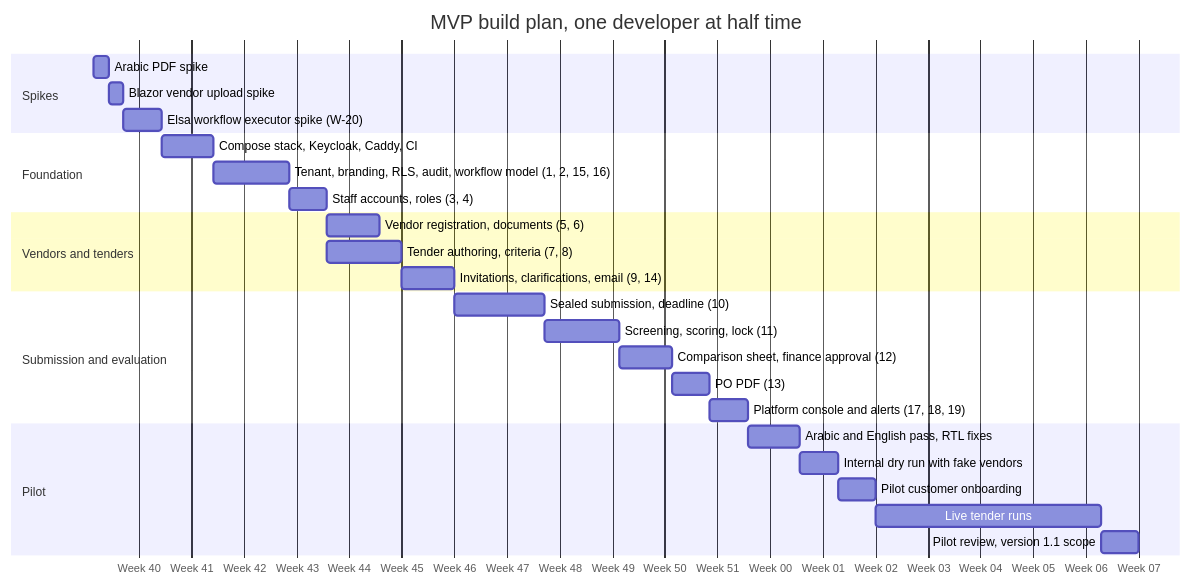
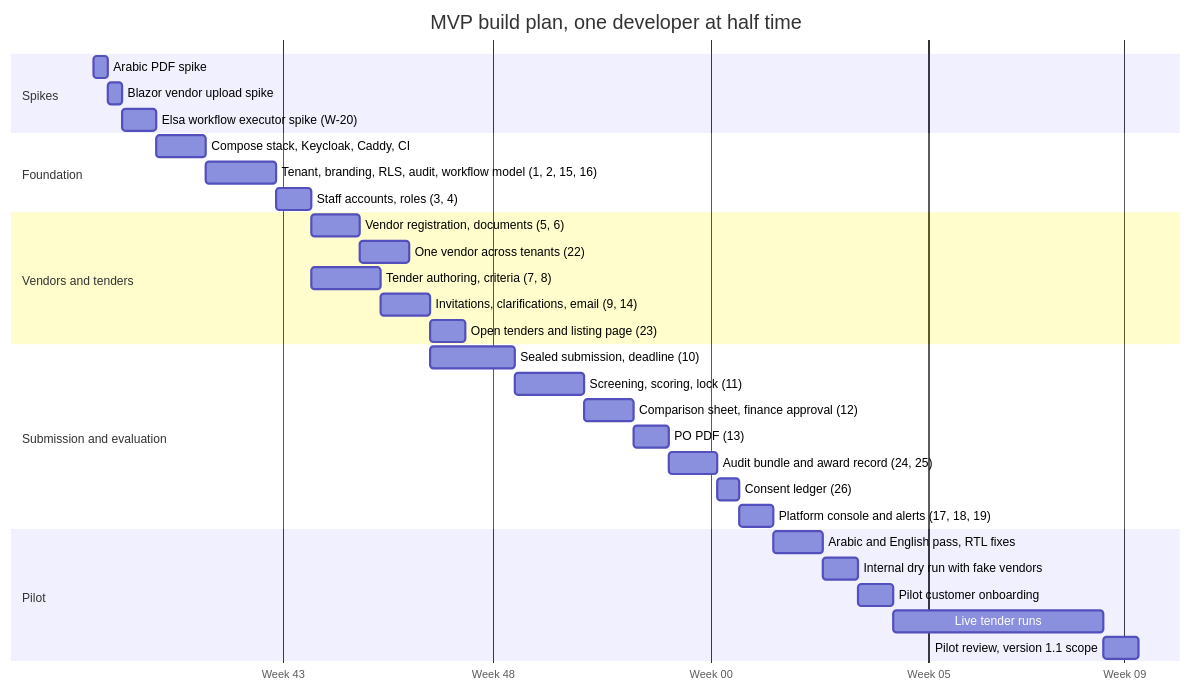
One commit to AhmedAssaf/ERP changed the second of 2 diagrams in docs/05-mvp-scope.md. Above: the diagram before and after it, drawn with Mermaid. The commit also changed other lines of this file and 13 other files, not shown here.

````diff
--- a/docs/05-mvp-scope.md
+++ b/docs/05-mvp-scope.md
@@ -110,35 +117,39 @@
 ```mermaid
 gantt
     title MVP build plan, one developer at half time
     dateFormat YYYY-MM-DD
     axisFormat Week %W
 
     section Spikes
     Arabic PDF spike                 :s1, 2026-10-05, 2d
     Blazor vendor upload spike       :s2, 2026-10-07, 2d
     Elsa workflow executor spike (W-20) :s3, 2026-10-09, 5d
 
     section Foundation
     Compose stack, Keycloak, Caddy, CI :f1, after s3, 7d
     Tenant, branding, RLS, audit, workflow model (1, 2, 15, 16) :f2, after f1, 10d
     Staff accounts, roles (3, 4)     :f3, after f2, 5d
 
     section Vendors and tenders
     Vendor registration, documents (5, 6) :v1, after f3, 7d
+    One vendor across tenants (22)   :v4, after v1, 7d
     Tender authoring, criteria (7, 8) :v2, after f3, 10d
     Invitations, clarifications, email (9, 14) :v3, after v2, 7d
+    Open tenders and listing page (23) :v5, after v3, 5d
 
     section Submission and evaluation
     Sealed submission, deadline (10) :e1, after v3, 12d
     Screening, scoring, lock (11)    :e2, after e1, 10d
     Comparison sheet, finance approval (12) :e3, after e2, 7d
     PO PDF (13)                      :e4, after e3, 5d
-    Platform console and alerts (17, 18, 19) :e5, after e4, 5d
+    Audit bundle and award record (24, 25) :e6, after e4, 7d
+    Consent ledger (26)              :e7, after e6, 3d
+    Platform console and alerts (17, 18, 19) :e5, after e7, 5d
 
     section Pilot
     Arabic and English pass, RTL fixes :p1, after e5, 7d
     Internal dry run with fake vendors :p2, after p1, 5d
     Pilot customer onboarding        :p3, after p2, 5d
     Live tender runs                 :p4, after p3, 30d
     Pilot review, version 1.1 scope  :p5, after p4, 5d
 ```
````
